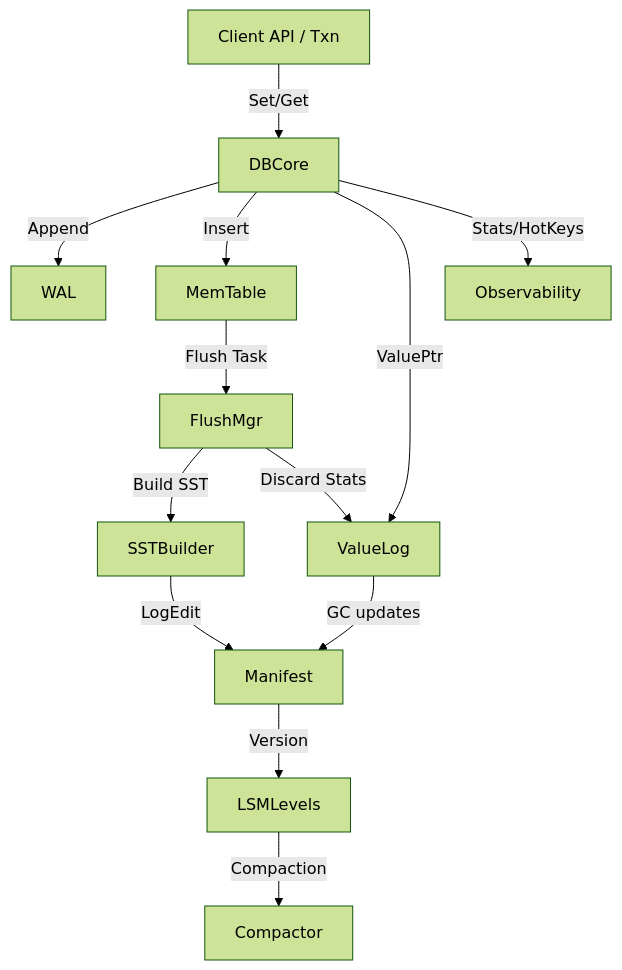
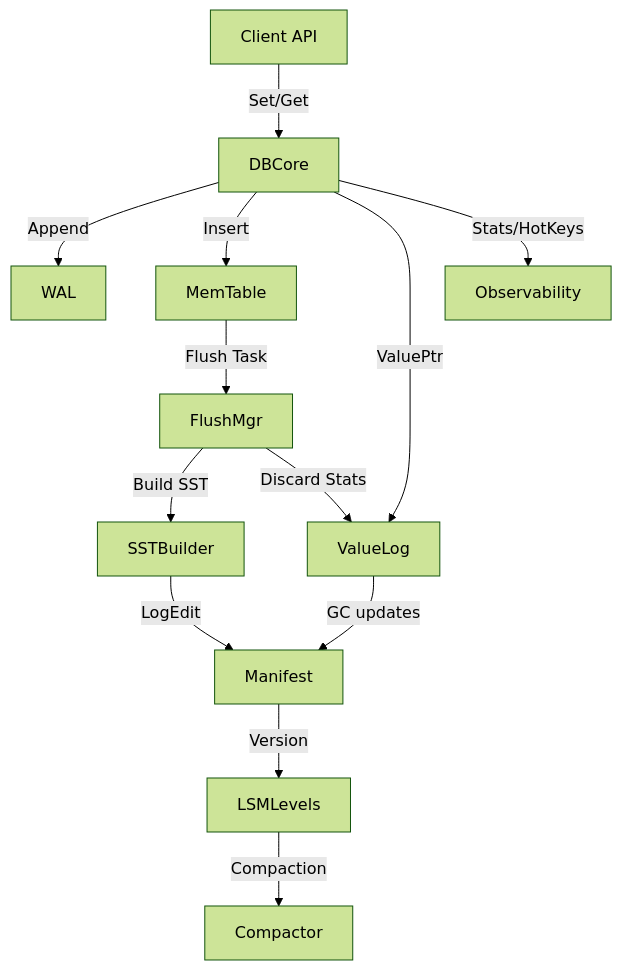
Before and after one commit to feichai0017/NoKV: the diagram in README.md, drawn with Mermaid (forest theme). The commit also changed other lines of this file and 25 other files, not shown here.

Commit message:
refactor: remove standalone txn api and unify write path

````diff
--- a/README.md
+++ b/README.md
@@ -157,15 +157,15 @@
 ```mermaid
 graph TD
-    Client[Client API / Txn] -->|Set/Get| DBCore
+    Client[Client API] -->|Set/Get| DBCore
     DBCore -->|Append| WAL
     DBCore -->|Insert| MemTable
     DBCore -->|ValuePtr| ValueLog
     MemTable -->|Flush Task| FlushMgr
     FlushMgr -->|Build SST| SSTBuilder
     SSTBuilder -->|LogEdit| Manifest
     Manifest -->|Version| LSMLevels
     LSMLevels -->|Compaction| Compactor
     FlushMgr -->|Discard Stats| ValueLog
     ValueLog -->|GC updates| Manifest
     DBCore -->|Stats/HotKeys| Observability
 ```
````
